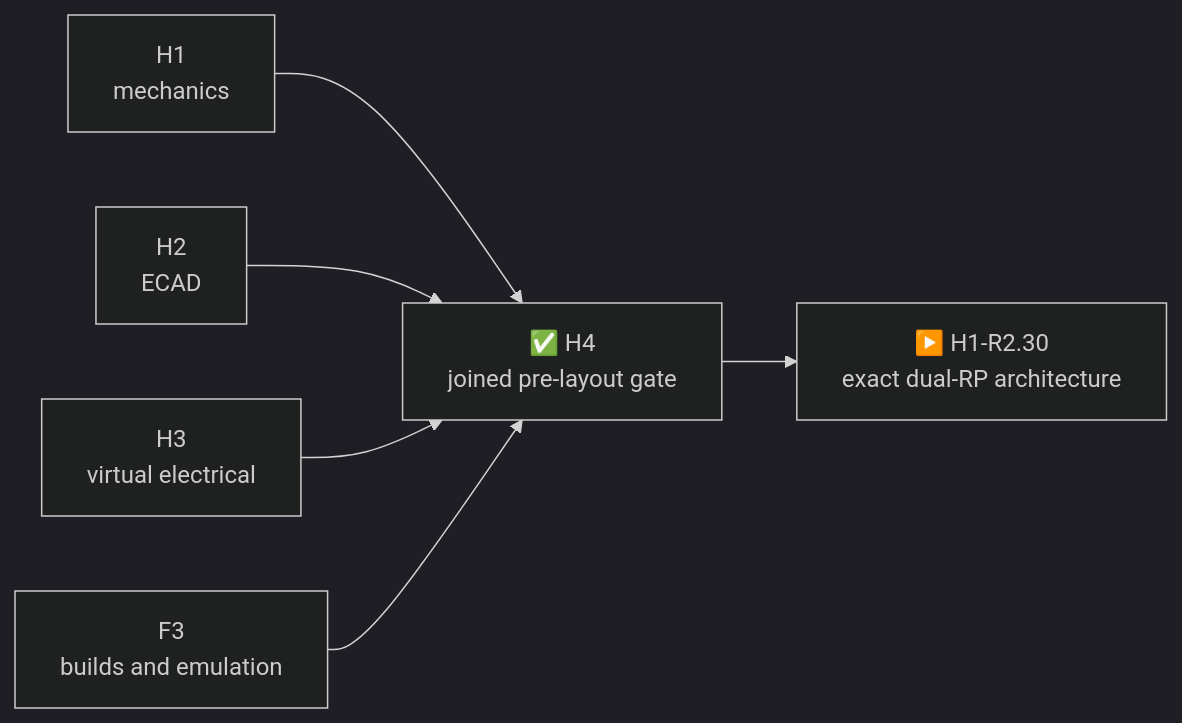
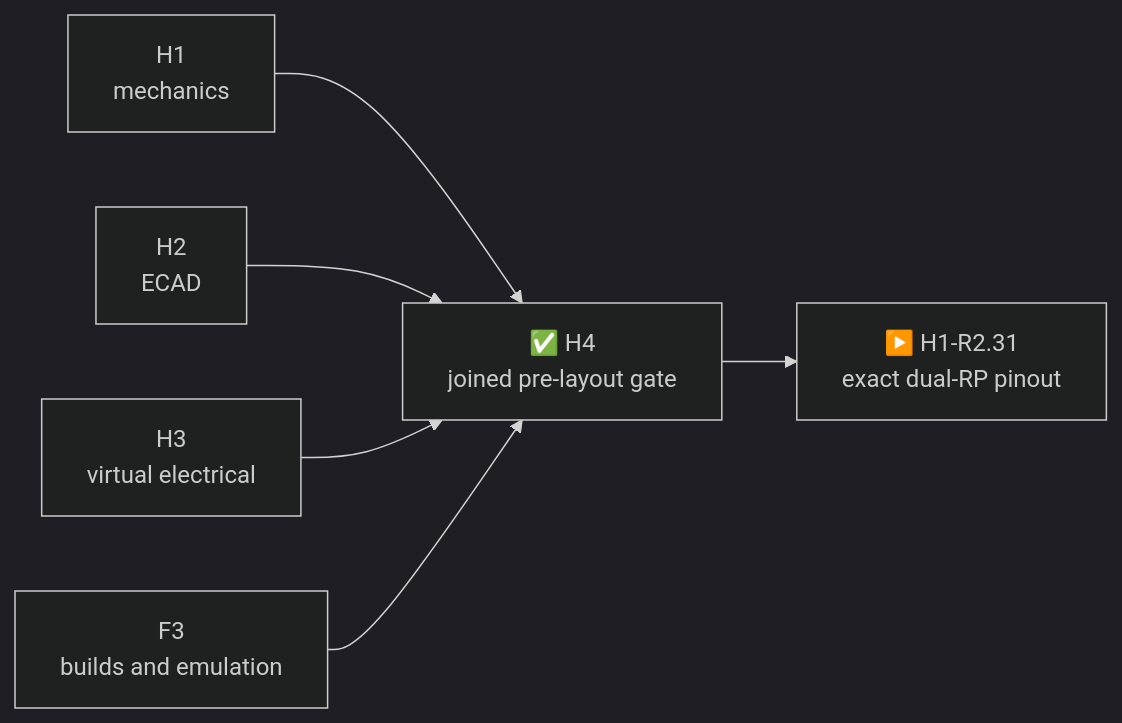
One commit to anton-vinogradov/esp32-leshy2 changed the diagram in docs/h4-prelayout-gate-report.md. Above: the diagram before and after it, drawn with Mermaid (dark theme). The commit also changed other lines of this file and 196 other files, not shown here.

Commit message:
Rebaseline dual-RP architecture and cost evidence

````diff
--- a/docs/h4-prelayout-gate-report.md
+++ b/docs/h4-prelayout-gate-report.md
@@ -7,8 +7,8 @@
 ```mermaid
 flowchart LR
   H1["H1<br/>mechanics"] --> H4["✅ H4<br/>joined pre-layout gate"]
   H2["H2<br/>ECAD"] --> H4
   H3["H3<br/>virtual electrical"] --> H4
   F3["F3<br/>builds and emulation"] --> H4
-  H4 --> R2["▶️ H1-R2.30<br/>exact dual-RP architecture"]
+  H4 --> R2["▶️ H1-R2.31<br/>exact dual-RP pinout"]
 ```
````
